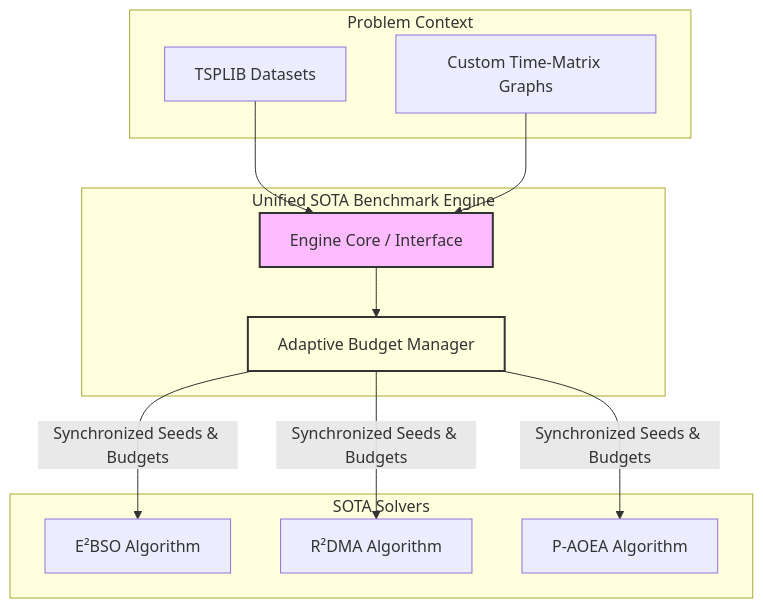
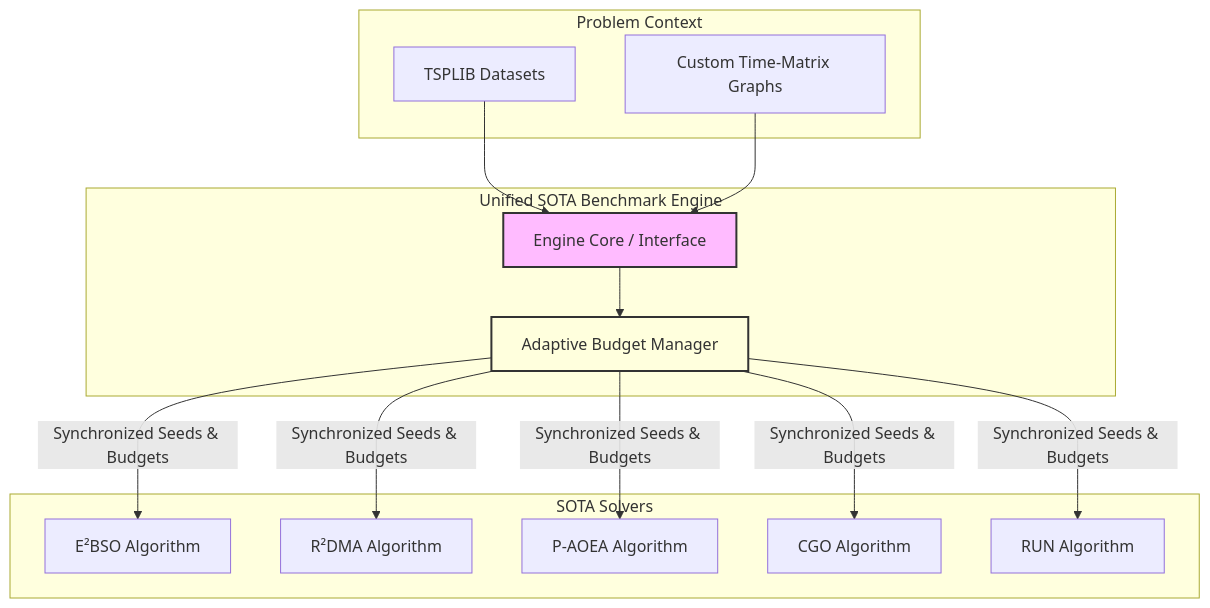
Before and after one commit to YektaK/UniRide: the first of 3 diagrams in academic_benchmark/SOTA_PAPER_METHODOLOGY.md, drawn with Mermaid. The commit also changed other lines of this file and 90 other files, not shown here.

````diff
--- a/academic_benchmark/SOTA_PAPER_METHODOLOGY.md
+++ b/academic_benchmark/SOTA_PAPER_METHODOLOGY.md
@@ -9,25 +9,27 @@
 ```mermaid
 flowchart TD
     subgraph Problem Context
     T1[TSPLIB Datasets]
     T2[Custom Time-Matrix Graphs]
     end
 
     subgraph Unified SOTA Benchmark Engine
     M[Engine Core / Interface]
     B[Adaptive Budget Manager]
     end
 
     subgraph SOTA Solvers
     S1[E²BSO Algorithm]
     S2[R²DMA Algorithm]
     S3[P-AOEA Algorithm]
+    S4[CGO Algorithm]
+    S5[RUN Algorithm]
     end
 
     T1 & T2 --> M
     M --> B
-    B -->|Synchronized Seeds & Budgets| S1 & S2 & S3
+    B -->|Synchronized Seeds & Budgets| S1 & S2 & S3 & S4 & S5
 
     style M fill:#fbf,stroke:#333,stroke-width:2px
     style B fill:#ffd,stroke:#333,stroke-width:2px
 ```
````
